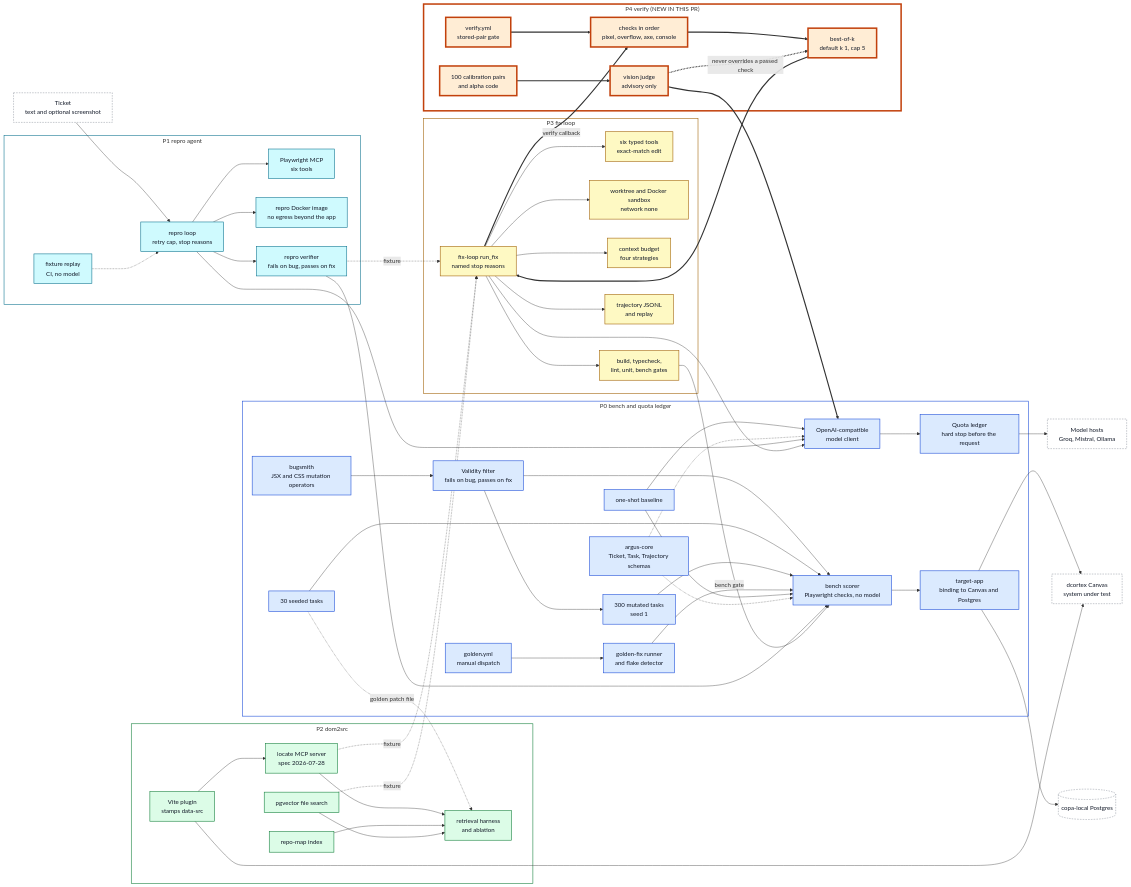
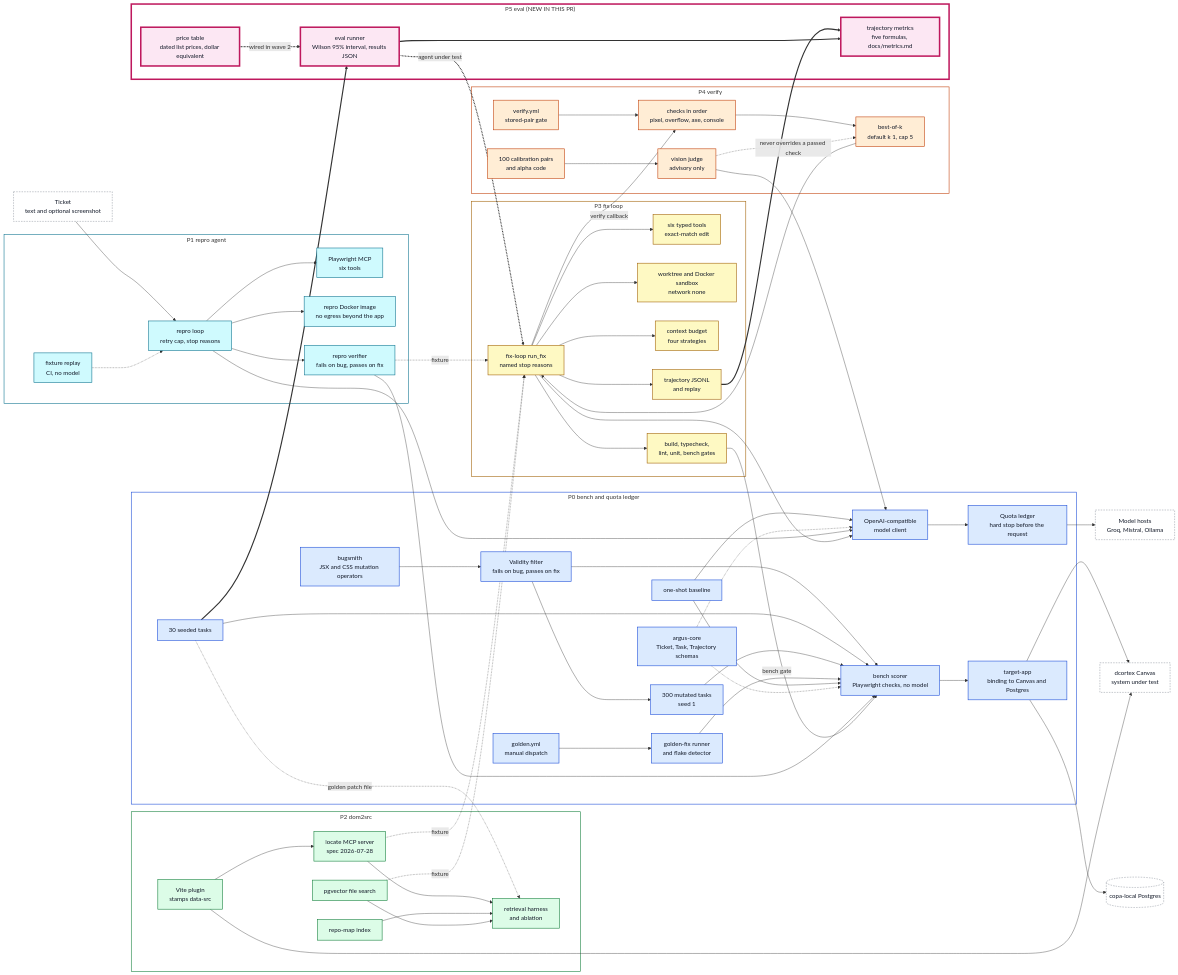
Before and after one commit to vibhu-0511/argus: the diagram in docs/architecture/overview.md, drawn with Mermaid. The commit also changed other lines of this file, not shown here.

Commit message:
Show the wave 1 parts of P5 in the architecture overview.
- Add a P5 box with the trajectory metrics, the eval runner and the price table.
- Add the links: stored trajectories feed the metrics, the seeded tasks feed the runner, and the runner calls the metrics.
- Move the thick border from P4 to P5, as in the earlier PRs.

````diff
--- a/docs/architecture/overview.md
+++ b/docs/architecture/overview.md
@@ -49,12 +49,18 @@
     TRAJ["trajectory JSONL<br/>and replay"]:::p3
   end
 
-  subgraph S4 ["P4 verify (NEW IN THIS PR)"]
+  subgraph S4 ["P4 verify"]
     CHECKS["checks in order<br/>pixel, overflow, axe, console"]:::p4
     JUDGE["vision judge<br/>advisory only"]:::p4
     BOK["best-of-k<br/>default k 1, cap 5"]:::p4
     CAL["100 calibration pairs<br/>and alpha code"]:::p4
     VCI["verify.yml<br/>stored-pair gate"]:::p4
+  end
+
+  subgraph S5 ["P5 eval (NEW IN THIS PR)"]
+    METRICS["trajectory metrics<br/>five formulas, docs/metrics.md"]:::p5
+    RUNNER["eval runner<br/>Wilson 95% interval, results JSON"]:::p5
+    PRICES["price table<br/>dated list prices, dollar equivalent"]:::p5
   end
 
   BUGSMITH --> FILTER
@@ -103,6 +109,11 @@
   BOK --> FIX
   CAL --> JUDGE
   VCI --> CHECKS
+  TRAJ --> METRICS
+  SEEDED --> RUNNER
+  RUNNER --> METRICS
+  RUNNER -. "agent under test" .-> FIX
+  PRICES -. "wired in wave 2" .-> RUNNER
 
   classDef p0 fill:#dbeafe,stroke:#1d4ed8,stroke-width:1.5px,color:#111827
   style S0 fill:none,stroke:#1d4ed8,stroke-width:1.5px
@@ -112,8 +123,10 @@
   style S2 fill:none,stroke:#15803d,stroke-width:1.5px
   classDef p3 fill:#fef9c3,stroke:#a16207,stroke-width:1.5px,color:#111827
   style S3 fill:none,stroke:#a16207,stroke-width:1.5px
-  classDef p4 fill:#ffedd5,stroke:#c2410c,stroke-width:4px,color:#111827
-  style S4 fill:none,stroke:#c2410c,stroke-width:4px
+  classDef p4 fill:#ffedd5,stroke:#c2410c,stroke-width:1.5px,color:#111827
+  style S4 fill:none,stroke:#c2410c,stroke-width:1.5px
+  classDef p5 fill:#fce7f3,stroke:#be185d,stroke-width:4px,color:#111827
+  style S5 fill:none,stroke:#be185d,stroke-width:4px
   classDef ext fill:#ffffff,stroke:#6b7280,color:#111827,stroke-dasharray: 4 3
-  linkStyle 39,40,41,42,43,44,45 stroke-width:3px
+  linkStyle 46,47,48,49,50 stroke-width:3px
 ```
````
